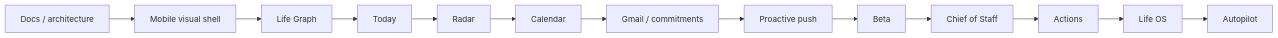
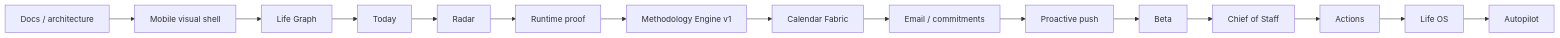
The diagram in docs/07-IMPLEMENTATION-ROADMAP.md (seq23/aplayer-mode), drawn with Mermaid before and after one commit. The commit also changed other lines of this file and 6 other files, not shown here.

Commit message:
feat: add live runtime proof harness and lock methodology/calendar sequencing

````diff
--- a/docs/07-IMPLEMENTATION-ROADMAP.md
+++ b/docs/07-IMPLEMENTATION-ROADMAP.md
@@ -10,15 +10,17 @@
 ```mermaid
 flowchart LR
   A[Docs / architecture] --> B[Mobile visual shell]
   B --> C[Life Graph]
   C --> D[Today]
   D --> E[Radar]
-  E --> F[Calendar]
-  F --> G[Gmail / commitments]
+  E --> RP[Runtime proof]
+  RP --> M[Methodology Engine v1]
+  M --> F[Calendar Fabric]
+  F --> G[Email / commitments]
   G --> H[Proactive push]
   H --> I[Beta]
   I --> J[Chief of Staff]
   J --> K[Actions]
   K --> L[Life OS]
-  L --> M[Autopilot]
+  L --> N[Autopilot]
 ```
````
